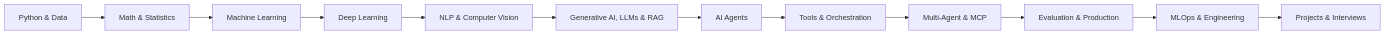
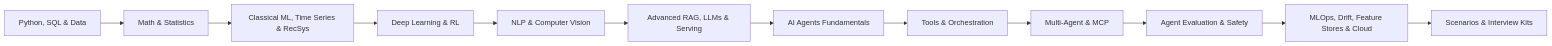
The diagram in README.md (FirdowsRahaman/ai-ml-fresher-roadmap), drawn with Mermaid before and after one commit. The commit also changed other lines of this file and 15 other files, not shown here.

Commit message:
feat: complete roadmap overhaul with 12 modules, MNC interview prep, Google ADK & enterprise cloud projects

````diff
--- a/README.md
+++ b/README.md
@@ -51,14 +19,14 @@
 ```mermaid
 flowchart LR
-    A[Python & Data] --> B[Math & Statistics]
-    B --> C[Machine Learning]
-    C --> D[Deep Learning]
+    A[Python, SQL & Data] --> B[Math & Statistics]
+    B --> C[Classical ML, Time Series & RecSys]
+    C --> D[Deep Learning & RL]
     D --> E[NLP & Computer Vision]
-    E --> F[Generative AI, LLMs & RAG]
-    F --> G[AI Agents]
+    E --> F[Advanced RAG, LLMs & Serving]
+    F --> G[AI Agents Fundamentals]
     G --> H[Tools & Orchestration]
     H --> I[Multi-Agent & MCP]
-    I --> J[Evaluation & Production]
-    J --> K[MLOps & Engineering]
-    K --> L[Projects & Interviews]
+    I --> J[Agent Evaluation & Safety]
+    J --> K[MLOps, Drift, Feature Stores & Cloud]
+    K --> L[Scenarios & Interview Kits]
 ```
````
